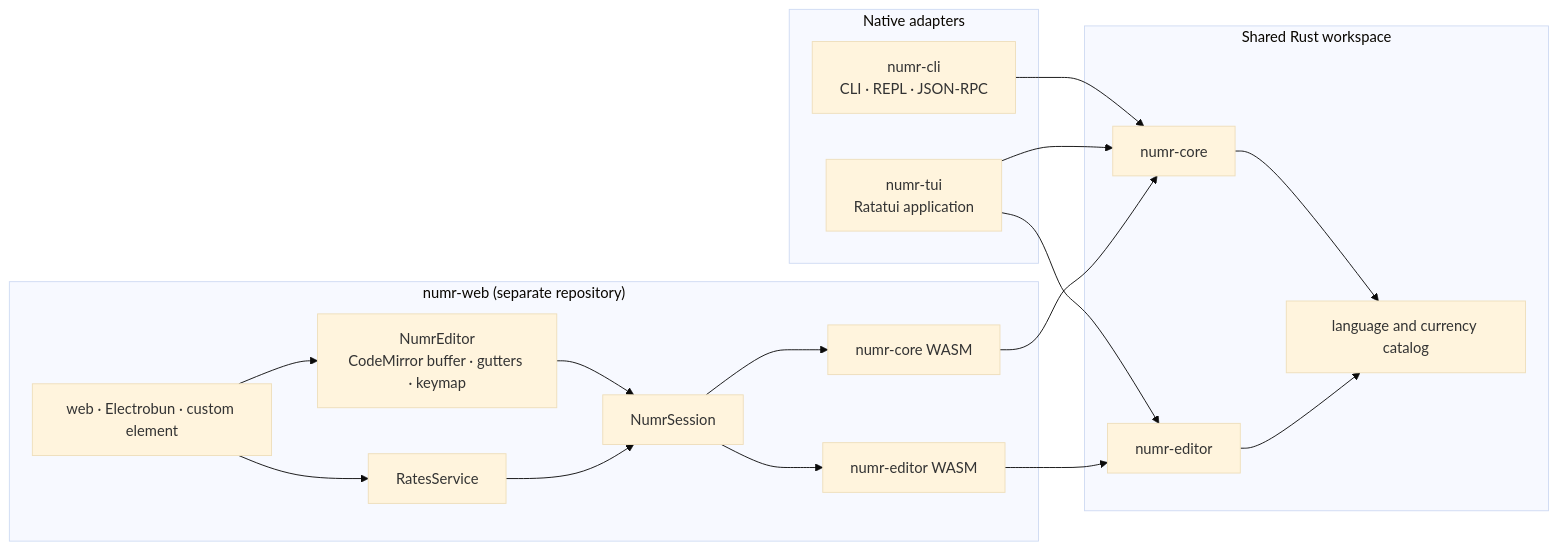
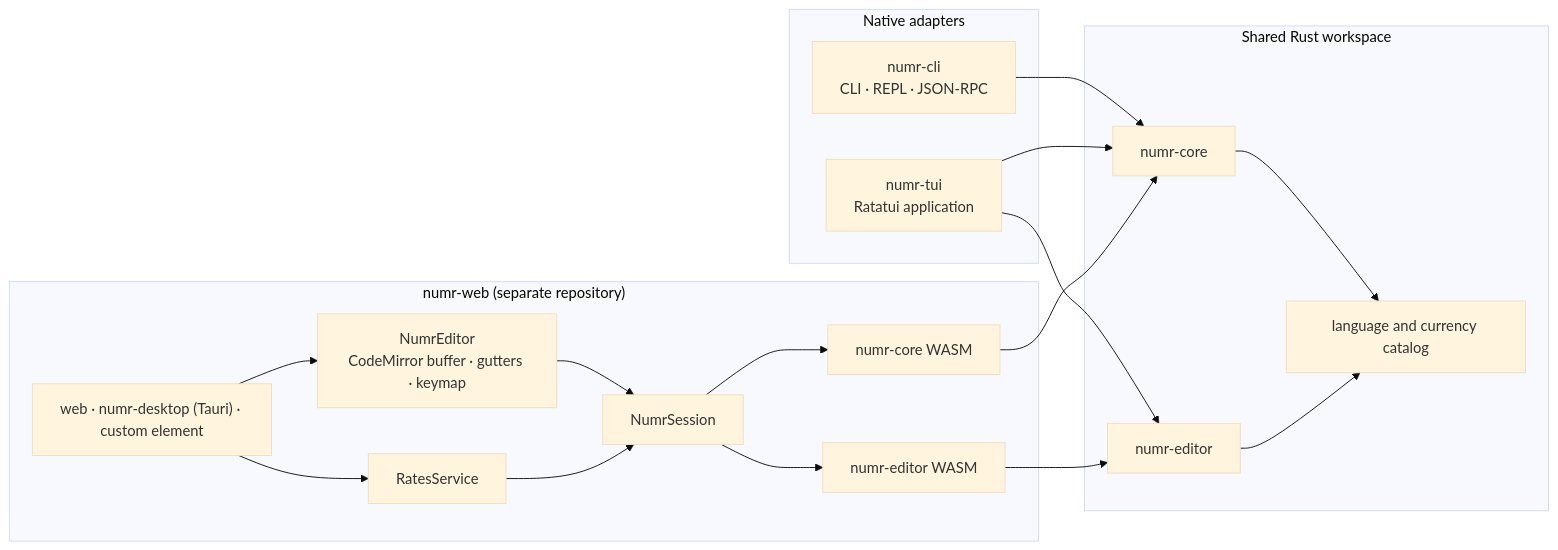
Before and after one commit to nasedkinpv/numr: the first of 2 diagrams in docs/architecture.md, drawn with Mermaid (base theme). The commit also changed other lines of this file and 2 other files, not shown here.

Commit message:
docs: point desktop references at numr-desktop; push Homebrew formula to Formula/

````diff
--- a/docs/architecture.md
+++ b/docs/architecture.md
@@ -7,36 +7,36 @@
 ```mermaid
 flowchart LR
     subgraph Native["Native adapters"]
         CLI["numr-cli<br/>CLI · REPL · JSON-RPC"]
         TUI["numr-tui<br/>Ratatui application"]
     end
 
     subgraph Browser["numr-web (separate repository)"]
-        Views["web · Electrobun · custom element"]
+        Views["web · numr-desktop (Tauri) · custom element"]
         BrowserEditor["NumrEditor<br/>CodeMirror buffer · gutters · keymap"]
         Session["NumrSession"]
         Rates["RatesService"]
         CoreWasm["numr-core WASM"]
         EditorWasm["numr-editor WASM"]
         Views --> BrowserEditor
         BrowserEditor --> Session
         Views --> Rates
         Session --> CoreWasm
         Session --> EditorWasm
         Rates --> Session
     end
 
     subgraph Rust["Shared Rust workspace"]
         Core["numr-core"]
         Editor["numr-editor"]
         Catalog["language and currency catalog"]
         Core --> Catalog
         Editor --> Catalog
     end
 
     CLI --> Core
     TUI --> Core
     TUI --> Editor
     CoreWasm --> Core
     EditorWasm --> Editor
 ```
````
